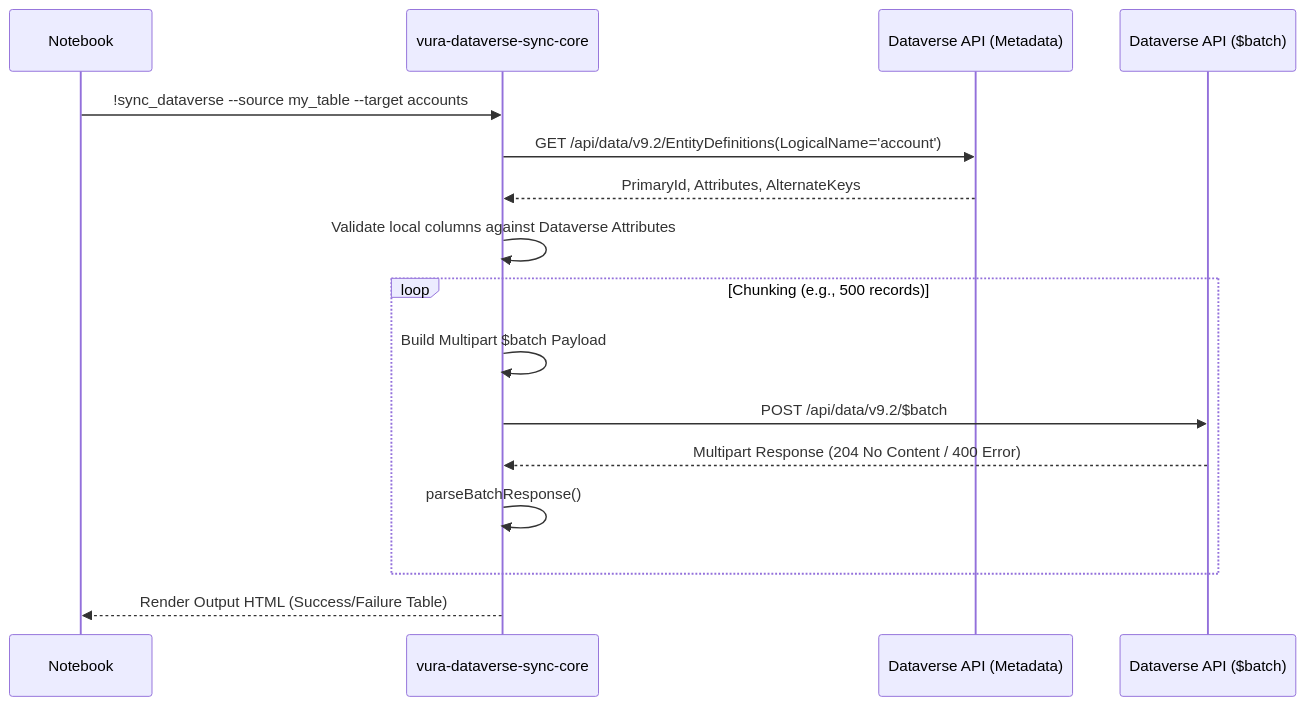
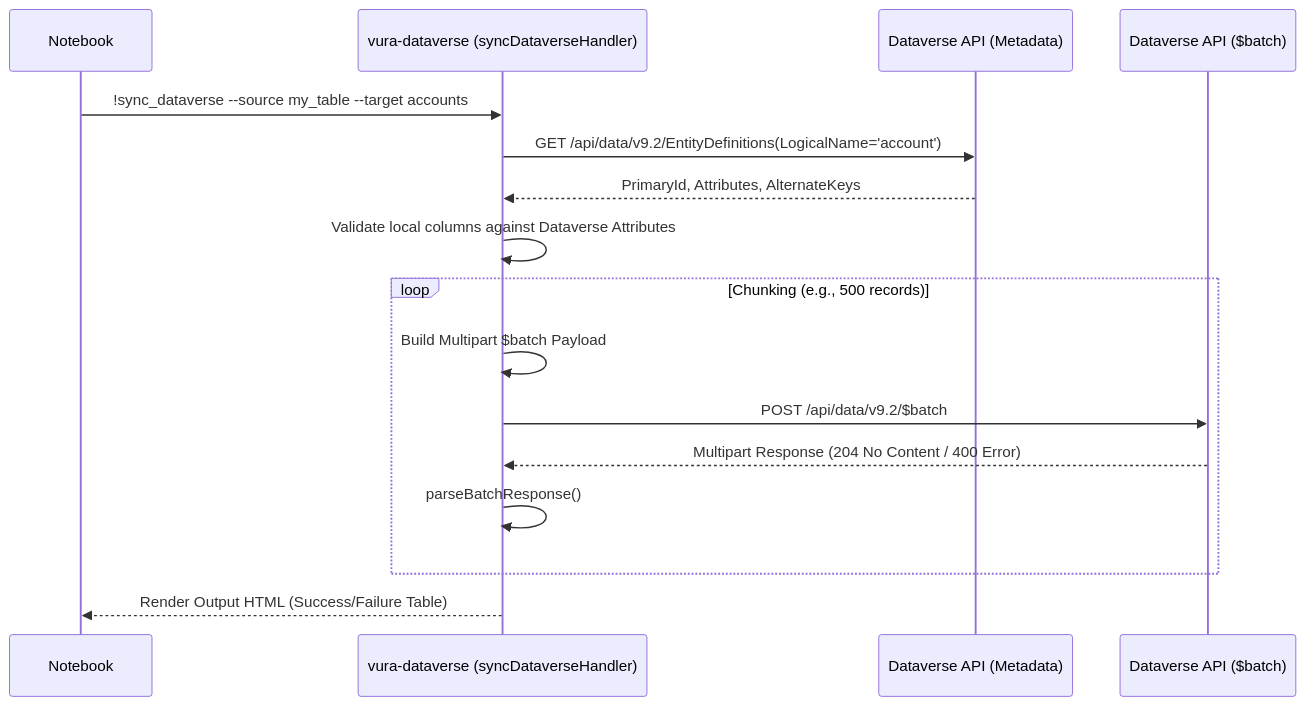
The diagram in docs/dataverse_integration.md (nexionlabsdev/vura-public), drawn with Mermaid before and after one commit. The commit also changed other lines of this file and 26 other files, not shown here.

````diff
--- a/docs/dataverse_integration.md
+++ b/docs/dataverse_integration.md
@@ -26,23 +25,23 @@
 ```mermaid
 sequenceDiagram
     participant Notebook
-    participant SyncHandler as vura-dataverse-sync-core
+    participant SyncHandler as vura-dataverse (syncDataverseHandler)
     participant DataverseMetadataAPI as Dataverse API (Metadata)
     participant DataverseBatchAPI as Dataverse API ($batch)
 
     Notebook->>SyncHandler: !sync_dataverse --source my_table --target accounts
 
     SyncHandler->>DataverseMetadataAPI: GET /api/data/v9.2/EntityDefinitions(LogicalName='account')
     DataverseMetadataAPI-->>SyncHandler: PrimaryId, Attributes, AlternateKeys
 
     SyncHandler->>SyncHandler: Validate local columns against Dataverse Attributes
 
     loop Chunking (e.g., 500 records)
         SyncHandler->>SyncHandler: Build Multipart $batch Payload
         SyncHandler->>DataverseBatchAPI: POST /api/data/v9.2/$batch
         DataverseBatchAPI-->>SyncHandler: Multipart Response (204 No Content / 400 Error)
         SyncHandler->>SyncHandler: parseBatchResponse()
     end
 
     SyncHandler-->>Notebook: Render Output HTML (Success/Failure Table)
 ```
````
